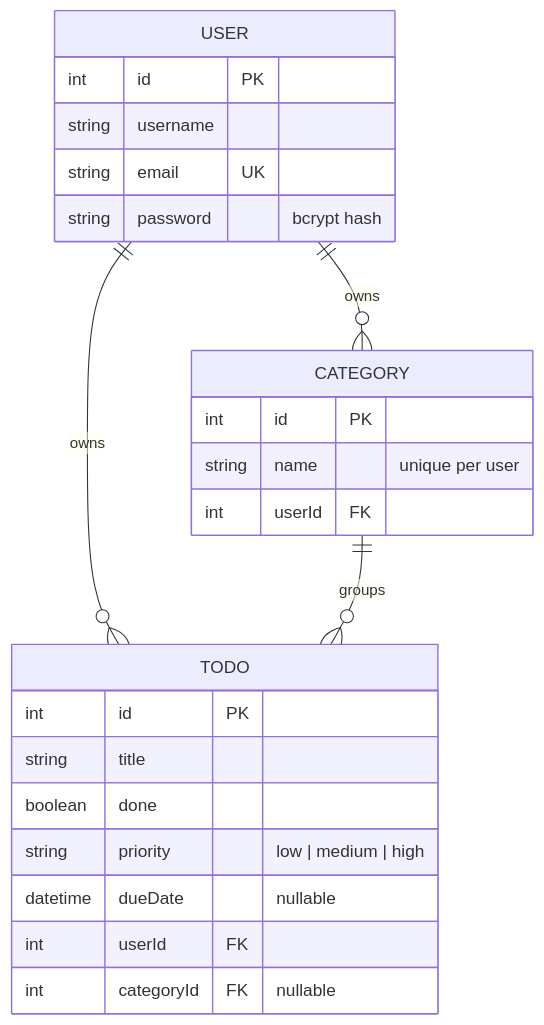
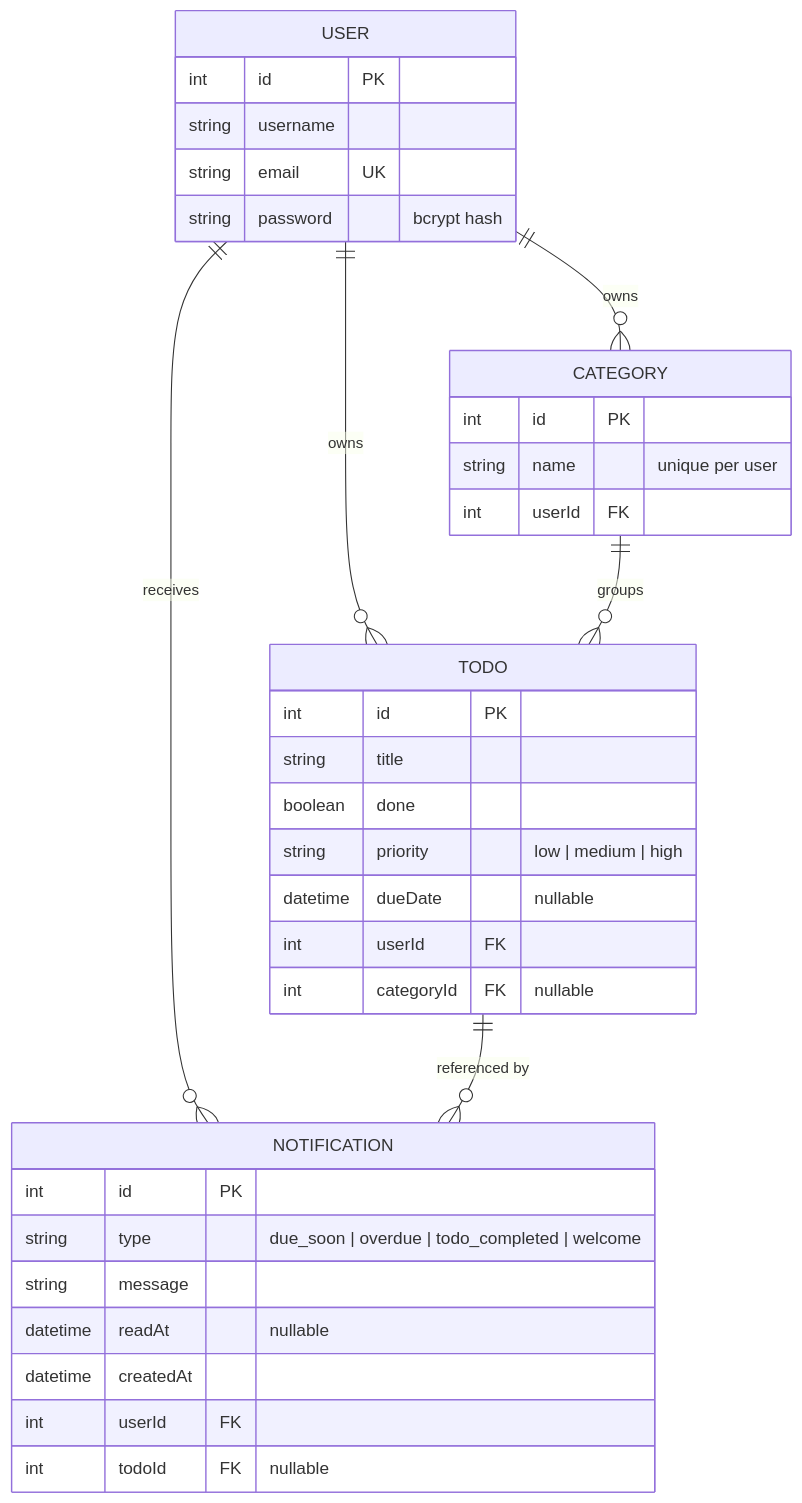
The diagram in README.md (Abolfazl-JD/03-nest-todolist), drawn with Mermaid before and after one commit. The commit also changed other lines of this file and 27 other files, not shown here.

````diff
--- a/README.md
+++ b/README.md
@@ -234,27 +290,38 @@
 ```mermaid
 erDiagram
     USER ||--o{ TODO : owns
     USER ||--o{ CATEGORY : owns
+    USER ||--o{ NOTIFICATION : receives
     CATEGORY ||--o{ TODO : groups
+    TODO ||--o{ NOTIFICATION : "referenced by"
 
     USER {
         int id PK
         string username
         string email UK
         string password "bcrypt hash"
     }
     CATEGORY {
         int id PK
         string name "unique per user"
         int userId FK
     }
     TODO {
         int id PK
         string title
         boolean done
         string priority "low | medium | high"
         datetime dueDate "nullable"
         int userId FK
         int categoryId FK "nullable"
     }
+    NOTIFICATION {
+        int id PK
+        string type "due_soon | overdue | todo_completed | welcome"
+        string message
+        datetime readAt "nullable"
+        datetime createdAt
+        int userId FK
+        int todoId FK "nullable"
+    }
 ```
````
